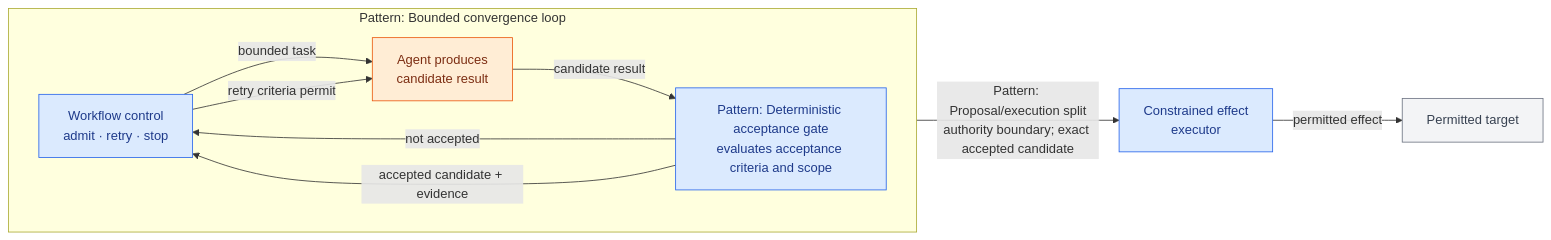
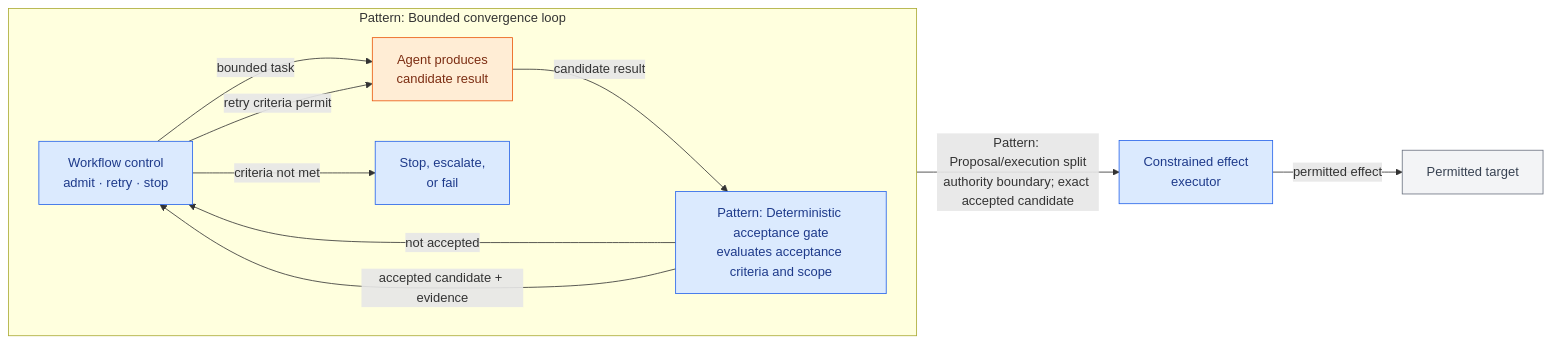
Before and after one commit to mzagar/wg-workflows-and-process-integration: the second of 3 diagrams in workstreams/reference-architectures/architectures/bounded-autonomous-remediation.md, drawn with Mermaid. The commit also changed other lines of this file, not shown here.

Commit message:
Complete bounded remediation flow diagrams
Show the stop, escalate, or fail path and make gate evaluation explicit in the worked scenario.

````diff
--- a/workstreams/reference-architectures/architectures/bounded-autonomous-remediation.md
+++ b/workstreams/reference-architectures/architectures/bounded-autonomous-remediation.md
@@ -109,28 +109,29 @@
 ```mermaid
 flowchart LR
     subgraph L["Pattern: Bounded convergence loop"]
         direction LR
         C["Workflow control<br/>admit · retry · stop"]
         A["Agent produces<br/>candidate result"]
         G["Pattern: Deterministic acceptance gate<br/>evaluates acceptance criteria and scope"]
 
         C -->|"bounded task"| A
         A -->|"candidate result"| G
         G -->|"not accepted"| C
         C -->|"retry criteria permit"| A
+        C -->|"criteria not met"| S["Stop, escalate,<br/>or fail"]
         G -->|"accepted candidate + evidence"| C
     end
 
     X["Constrained effect<br/>executor"]
     T["Permitted target"]
 
     C -->|"Pattern: Proposal/execution split<br/>authority boundary; exact accepted candidate"| X
     X -->|"permitted effect"| T
 
-    class C,G,X workflow
+    class C,G,S,X workflow
     class A agent
     class T external
     classDef workflow fill:#dbeafe,stroke:#2563eb,color:#1e3a8a
     classDef agent fill:#ffedd5,stroke:#ea580c,color:#7c2d12
     classDef external fill:#f3f4f6,stroke:#6b7280,color:#374151
 ```
````
